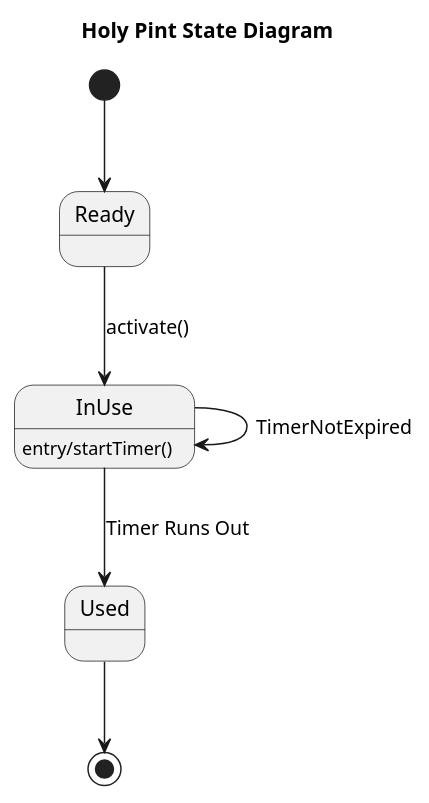
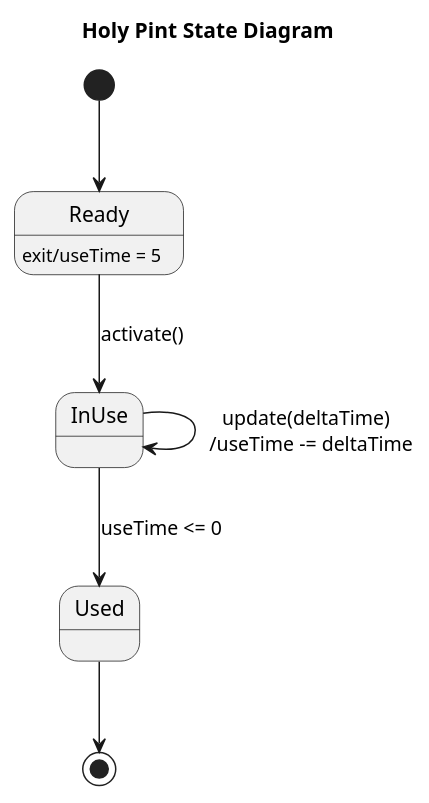
One commit to sn4k3ch4rm3r/logarlec changed the diagram in docs/diagrams/state/beer-state.puml. Above: the diagram before and after it, drawn with PlantUML. The commit also changed 3 other files, not shown here.

Commit message:
Refactored state diagrams to use a different timing sceme

```diff
--- a/docs/diagrams/state/beer-state.puml
+++ b/docs/diagrams/state/beer-state.puml
@@ -1,12 +1,13 @@
 @startuml beer
 title Holy Pint State Diagram
 
 [*] --> Ready
 Ready --> InUse: activate()
-InUse --> InUse: TimerNotExpired
-InUse --> Used: Timer Runs Out
+InUse --> InUse: update(deltaTime) \n /useTime -= deltaTime
+InUse --> Used: useTime <= 0
 Used --> [*]
 
-InUse: entry/startTimer()
+
+Ready: exit/useTime = 5
 
 @enduml
```
